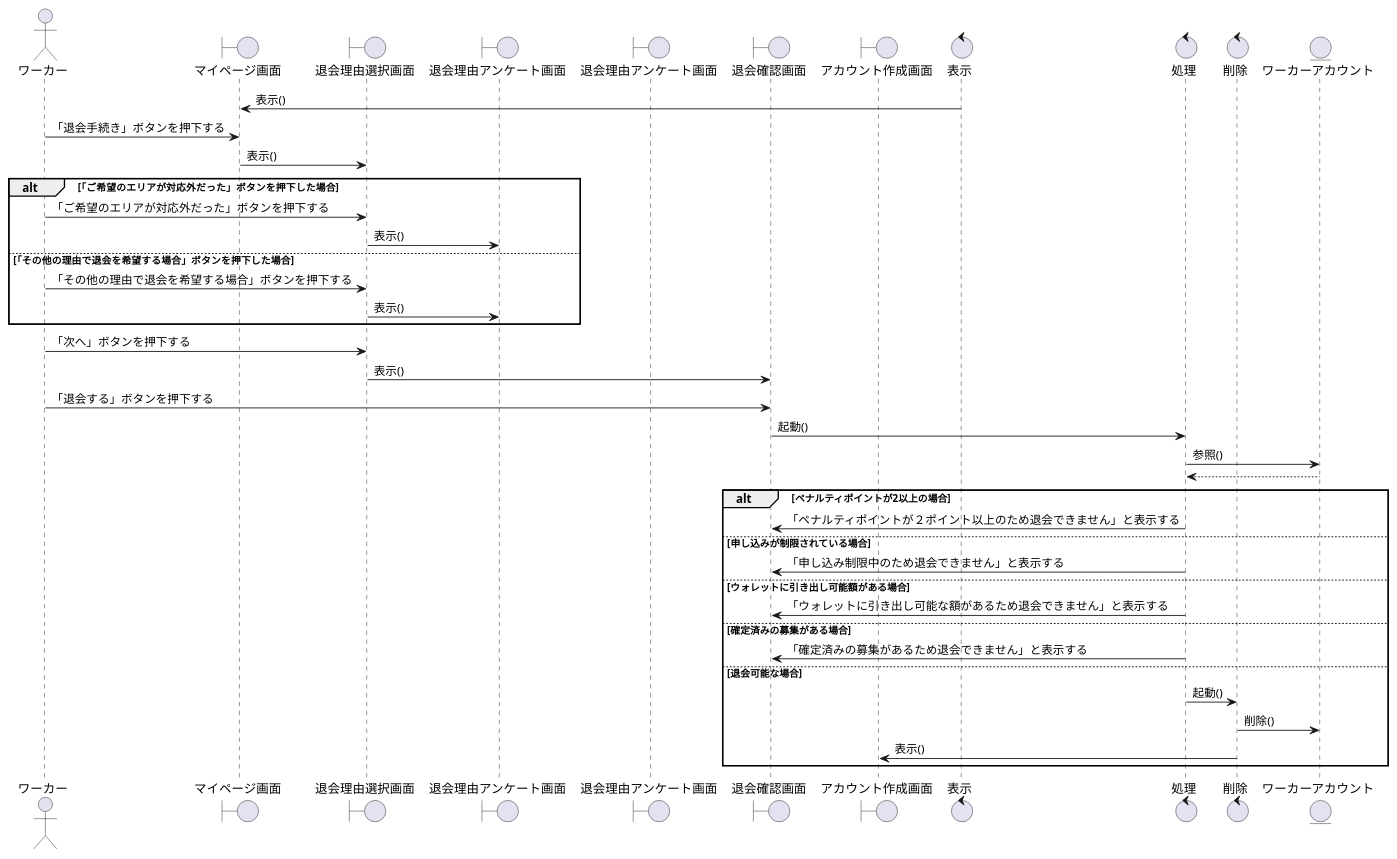
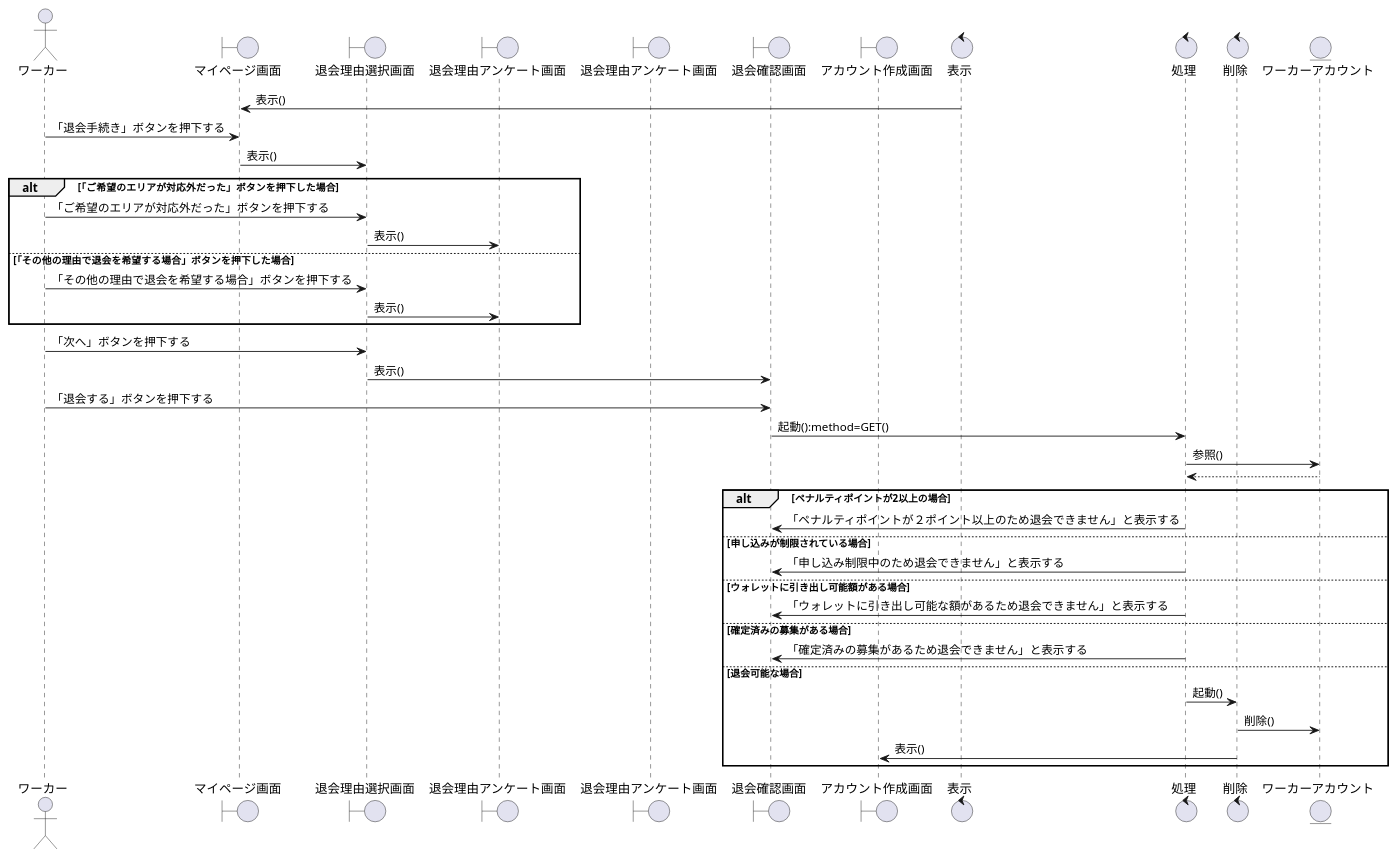
Before and after one commit to irukacb256/high_Me: the diagram in sequence_fig/7_acconts_fn/14_退会手続きをする.pu, drawn with PlantUML. The commit also changed 13 other files, not shown here.

```diff
--- a/sequence_fig/7_acconts_fn/14_退会手続きをする.pu
+++ b/sequence_fig/7_acconts_fn/14_退会手続きをする.pu
@@ -1,58 +1,58 @@
 @startuml 退会手続きをする
 
 actor ワーカー as wo1
 
 boundary マイページ画面 as bo1
 boundary 退会理由選択画面 as bo2
 boundary 退会理由アンケート画面 as bo3
 boundary 退会理由アンケート画面 as bo4
 boundary 退会確認画面 as bo5
 boundary アカウント作成画面 as bo6
 
 control 表示 as co1
 control 処理 as co2
 control 削除 as co3
 
 entity ワーカーアカウント as en1
 
 co1 -> bo1:表示()
 wo1 -> bo1:「退会手続き」ボタンを押下する
 bo1 -> bo2:表示()
 
 alt 「ご希望のエリアが対応外だった」ボタンを押下した場合
     wo1 -> bo2:「ご希望のエリアが対応外だった」ボタンを押下する
     bo2 -> bo3:表示()
 
 else 「その他の理由で退会を希望する場合」ボタンを押下した場合
     wo1 -> bo2:「その他の理由で退会を希望する場合」ボタンを押下する
     bo2 -> bo3:表示()
 
 end
 
 wo1 -> bo2:「次へ」ボタンを押下する
 bo2 -> bo5:表示()
 wo1 -> bo5:「退会する」ボタンを押下する
-bo5 -> co2:起動()
+bo5 -> co2:起動():method=GET()
 co2 -> en1:参照()
 en1 --> co2
 
 alt ペナルティポイントが2以上の場合
     co2 -> bo5:「ペナルティポイントが２ポイント以上のため退会できません」と表示する
 
 else 申し込みが制限されている場合  
     co2 -> bo5:「申し込み制限中のため退会できません」と表示する
 
 else ウォレットに引き出し可能額がある場合
     co2 -> bo5:「ウォレットに引き出し可能な額があるため退会できません」と表示する
 
 else 確定済みの募集がある場合
     co2 -> bo5:「確定済みの募集があるため退会できません」と表示する
 
 else 退会可能な場合
     co2 -> co3:起動()
     co3 -> en1:削除()
     co3 -> bo6:表示()
 
 end
 
 @enduml
```
